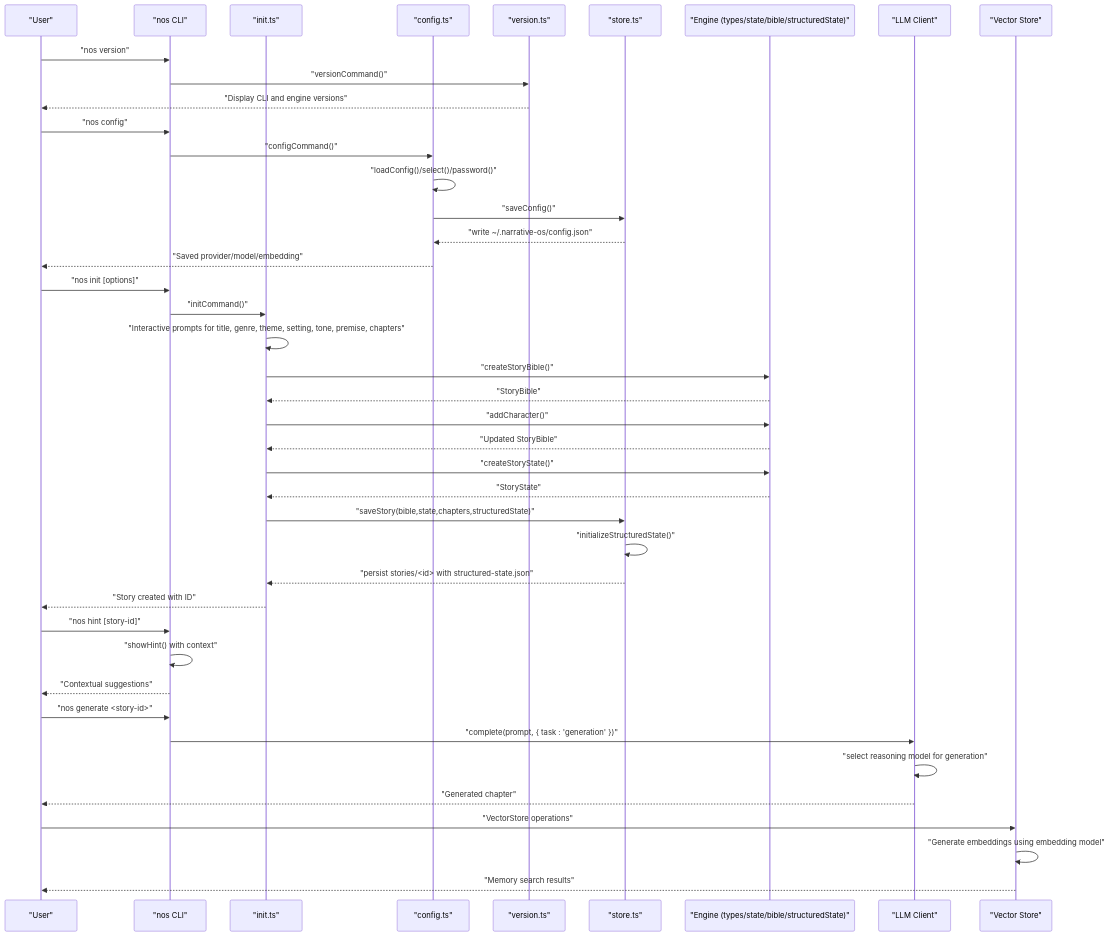
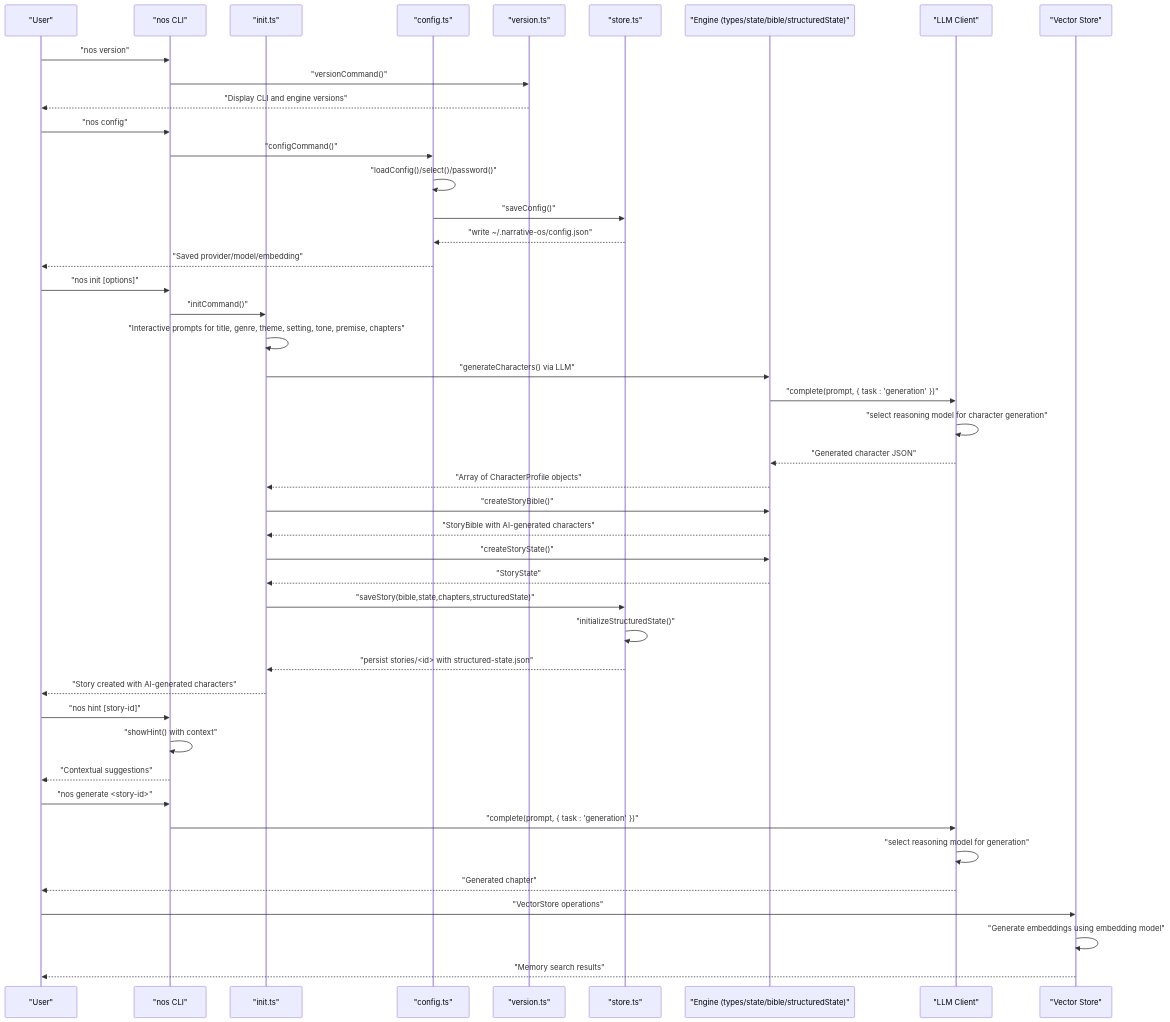
The second of 4 diagrams in .qoder/repowiki/en/content/CLI Command Reference.md (liwonder/NARRITIVE_OS), drawn with Mermaid before and after one commit. The commit also changed other lines of this file and 5 other files, not shown here.

````diff
--- a/.qoder/repowiki/en/content/CLI Command Reference.md
+++ b/.qoder/repowiki/en/content/CLI Command Reference.md
@@ -183,44 +184,47 @@
 ```mermaid
 sequenceDiagram
 participant User as "User"
 participant CLI as "nos CLI"
 participant Init as "init.ts"
 participant Config as "config.ts"
 participant Version as "version.ts"
 participant Store as "store.ts"
 participant Engine as "Engine (types/state/bible/structuredState)"
 participant LLMClient as "LLM Client"
 participant VectorStore as "Vector Store"
 User->>CLI : "nos version"
 CLI->>Version : "versionCommand()"
 Version-->>User : "Display CLI and engine versions"
 User->>CLI : "nos config"
 CLI->>Config : "configCommand()"
 Config->>Config : "loadConfig()/select()/password()"
 Config->>Store : "saveConfig()"
 Store-->>Config : "write ~/.narrative-os/config.json"
 Config-->>User : "Saved provider/model/embedding"
 User->>CLI : "nos init [options]"
 CLI->>Init : "initCommand()"
 Init->>Init : "Interactive prompts for title, genre, theme, setting, tone, premise, chapters"
+Init->>Engine : "generateCharacters() via LLM"
+Engine->>LLMClient : "complete(prompt, { task : 'generation' })"
+LLMClient->>LLMClient : "select reasoning model for character generation"
+LLMClient-->>Engine : "Generated character JSON"
+Engine-->>Init : "Array of CharacterProfile objects"
 Init->>Engine : "createStoryBible()"
-Engine-->>Init : "StoryBible"
-Init->>Engine : "addCharacter()"
-Engine-->>Init : "Updated StoryBible"
+Engine-->>Init : "StoryBible with AI-generated characters"
 Init->>Engine : "createStoryState()"
 Engine-->>Init : "StoryState"
 Init->>Store : "saveStory(bible,state,chapters,structuredState)"
 Store->>Store : "initializeStructuredState()"
 Store-->>Init : "persist stories/<id> with structured-state.json"
-Init-->>User : "Story created with ID"
+Init-->>User : "Story created with AI-generated characters"
 User->>CLI : "nos hint [story-id]"
 CLI->>CLI : "showHint() with context"
 CLI-->>User : "Contextual suggestions"
 User->>CLI : "nos generate <story-id>"
 CLI->>LLMClient : "complete(prompt, { task : 'generation' })"
 LLMClient->>LLMClient : "select reasoning model for generation"
 LLMClient-->>User : "Generated chapter"
 User->>VectorStore : "VectorStore operations"
 VectorStore->>VectorStore : "Generate embeddings using embedding model"
 VectorStore-->>User : "Memory search results"
 ```
````
